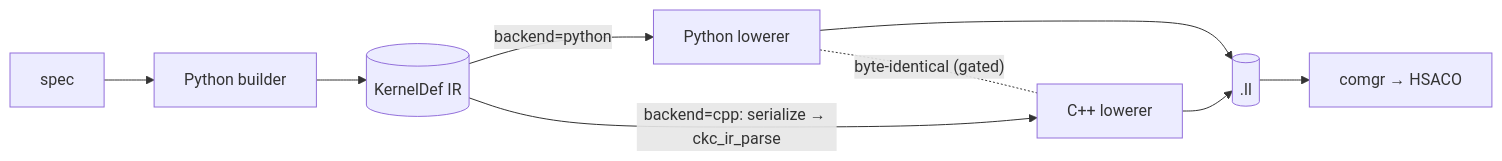
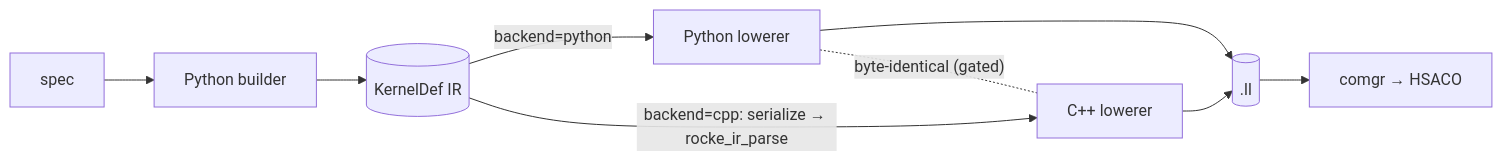
The diagram in dnn-providers/hip-kernel-provider/rocKE/dsl_docs/README.md (ROCm/rocm-libraries), drawn with Mermaid before and after one commit. The commit also changed other lines of this file and 1569 other files, not shown here.

First line of the commit message:
[hip-kernel-provider] Rename ck_dsl/ckc engine identity to rocke

````diff
--- a/dnn-providers/hip-kernel-provider/rocKE/dsl_docs/README.md
+++ b/dnn-providers/hip-kernel-provider/rocKE/dsl_docs/README.md
@@ -21,10 +21,10 @@
 ```mermaid
 flowchart LR
   spec["spec"] --> b["Python builder"] --> ir[("KernelDef IR")]
   ir -->|"backend=python"| pl["Python lowerer"]
-  ir -->|"backend=cpp: serialize → ckc_ir_parse"| cl["C++ lowerer"]
+  ir -->|"backend=cpp: serialize → rocke_ir_parse"| cl["C++ lowerer"]
   pl --> ll[(".ll")]
   cl --> ll
   ll --> hsaco["comgr → HSACO"]
   pl -. "byte-identical (gated)" .- cl
 ```
````
